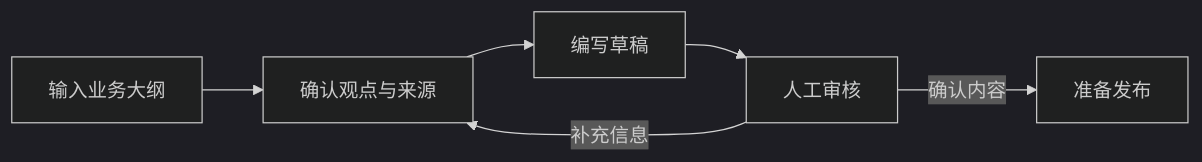
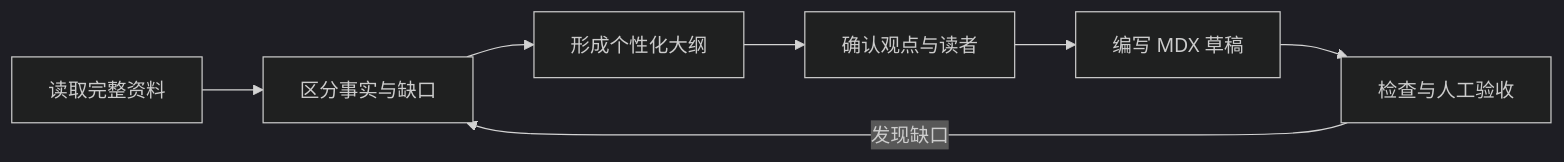
Before and after one commit to coyafky/PersonWebsite: the diagram in docs/examples/mdx/reading.mdx, drawn with Mermaid (dark theme). The commit also changed other lines of this file and 10 other files, not shown here.

````diff
--- a/docs/examples/mdx/reading.mdx
+++ b/docs/examples/mdx/reading.mdx
@@ -56,8 +47,9 @@
 ```mermaid
 flowchart LR
-    A[输入业务大纲] --> B[确认观点与来源]
-    B --> C[编写草稿]
-    C --> D[人工审核]
-    D -->|补充信息| B
-    D -->|确认内容| E[准备发布]
+    A[读取完整资料] --> B[区分事实与缺口]
+    B --> C[形成个性化大纲]
+    C --> D[确认观点与读者]
+    D --> E[编写 MDX 草稿]
+    E --> F[检查与人工验收]
+    F -->|发现缺口| B
 ```
````
